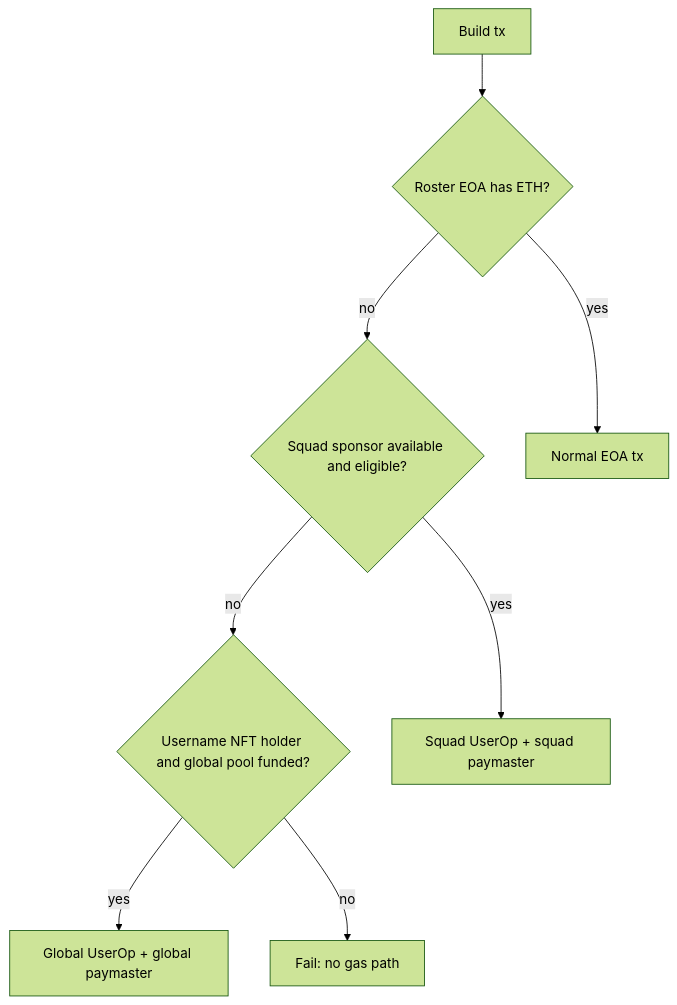
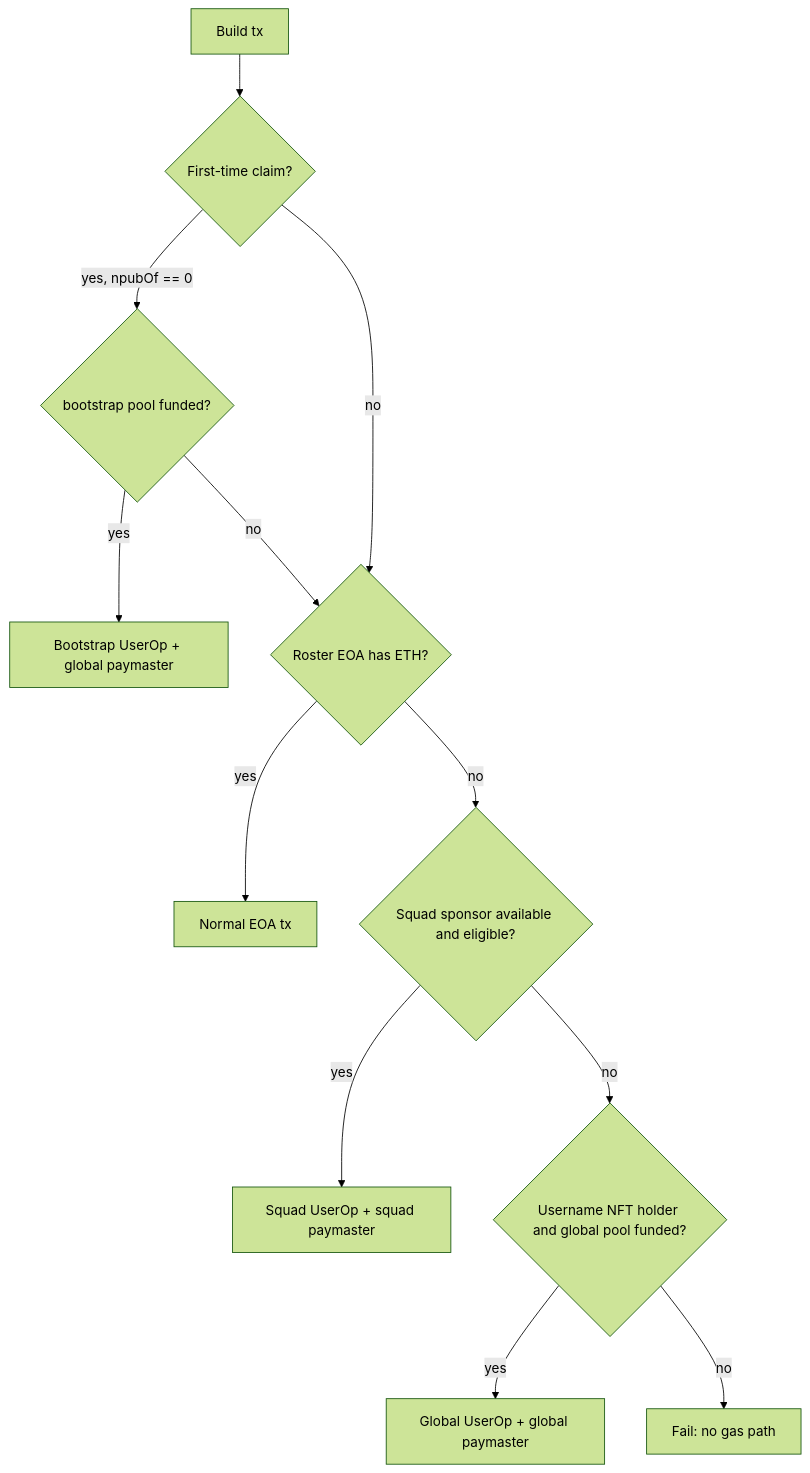
The diagram in docs/DESKTOP_CLIENT_INTEGRATION.md (covenant-gov/pacto-username-nft), drawn with Mermaid (forest theme) before and after one commit. The commit also changed other lines of this file and 2 other files, not shown here.

````diff
--- a/docs/DESKTOP_CLIENT_INTEGRATION.md
+++ b/docs/DESKTOP_CLIENT_INTEGRATION.md
@@ -41,19 +43,26 @@
 ```mermaid
 flowchart TD
   Start[Build tx]
+  Claim{First-time claim?}
+  Bootstrap{bootstrap pool funded?}
   HasEth{Roster EOA has ETH?}
   Squad{Squad sponsor available and eligible?}
   Global{Username NFT holder and global pool funded?}
+  BootstrapOp[Bootstrap UserOp + global paymaster]
   EOA[Normal EOA tx]
   SquadOp[Squad UserOp + squad paymaster]
   GlobalOp[Global UserOp + global paymaster]
   Fail[Fail: no gas path]
 
-  Start --> HasEth
+  Start --> Claim
+  Claim -->|yes, npubOf == 0| Bootstrap
+  Bootstrap -->|yes| BootstrapOp
+  Bootstrap -->|no| HasEth
+  Claim -->|no| HasEth
   HasEth -->|yes| EOA
   HasEth -->|no| Squad
   Squad -->|yes| SquadOp
   Squad -->|no| Global
   Global -->|yes| GlobalOp
   Global -->|no| Fail
 ```
````
